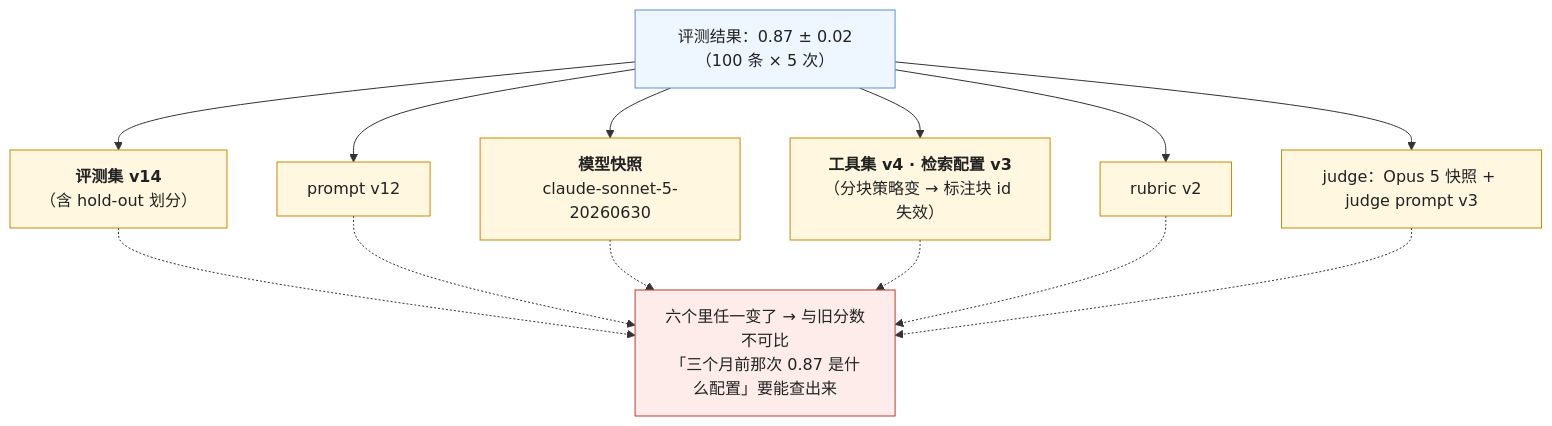
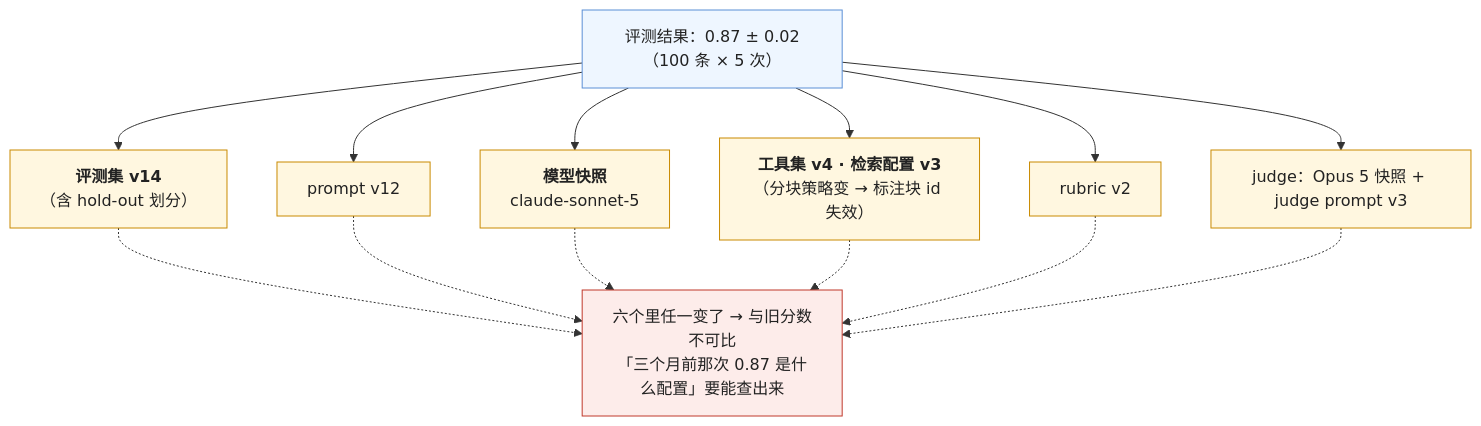
One commit to arganzheng/arganzheng.github.com changed the fifth of 6 diagrams in _posts/2026-10-31-eval-sets-the-unit-tests-of-ai-applications.md. Above: the diagram before and after it, drawn with Mermaid. The commit also changed 5 other files, not shown here.

````diff
--- a/_posts/2026-10-31-eval-sets-the-unit-tests-of-ai-applications.md
+++ b/_posts/2026-10-31-eval-sets-the-unit-tests-of-ai-applications.md
@@ -198,18 +198,18 @@
 ```mermaid
 %% 图：一次评测结果绑定的六元组——评测集版本、prompt 版本、模型快照、工具集 / 检索配置版本、rubric 版本、judge 版本，任何一个变了分数就不可比；记录是六元组 + 分数（含每条 k 次的分布），评测集本身与 prompt 一样进版本库或注册表
 flowchart TB
     R["评测结果：0.87 ± 0.02（100 条 × 5 次）"]
     R --> V1["<b>评测集 v14</b><br/>（含 hold-out 划分）"]
     R --> V2["prompt v12"]
-    R --> V3["<b>模型快照</b><br/>claude-sonnet-5-20260630"]
+    R --> V3["<b>模型快照</b><br/>claude-sonnet-5"]
     R --> V4["<b>工具集 v4 · 检索配置 v3</b><br/>（分块策略变 → 标注块 id 失效）"]
     R --> V5["rubric v2"]
     R --> V6["judge：Opus 5 快照 + judge prompt v3"]
     V1 & V2 & V3 & V4 & V5 & V6 -.-> N["六个里任一变了 → 与旧分数不可比<br/>「三个月前那次 0.87 是什么配置」要能查出来"]
     classDef r fill:#eef6ff,stroke:#5b8fd6,color:#222
     classDef v fill:#fff7e0,stroke:#c98a00,color:#222
     classDef n fill:#fdecea,stroke:#c0392b,color:#222
     class R r
     class V1,V2,V3,V4,V5,V6 v
     class N n
 ```
````
